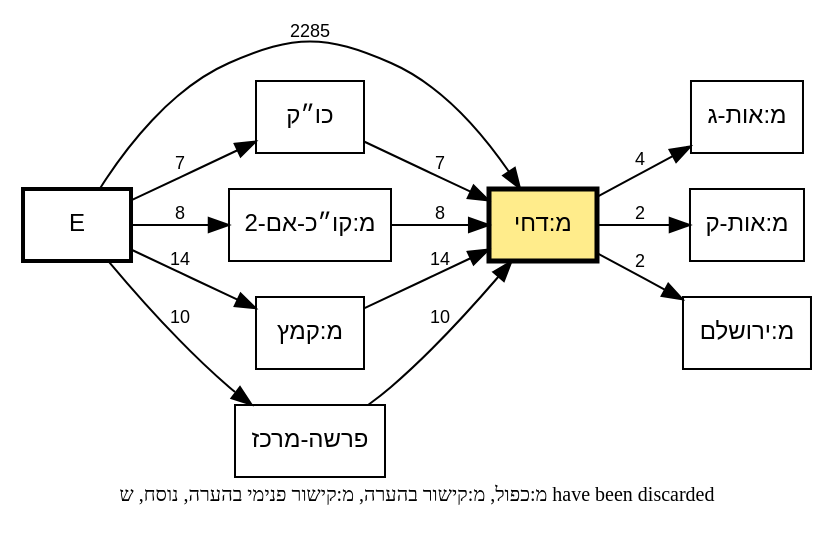
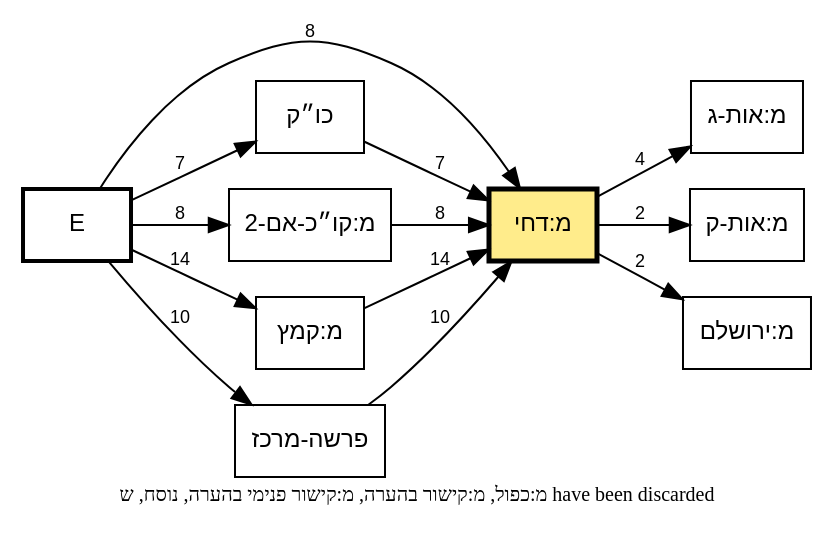
Before and after one commit to bdenckla/MAM-basics: the diagram in out/tmpl-survey-plain/plain-dexi-call-graph.dot, drawn with Graphviz. The commit also changed 13 other files, not shown here.

```diff
--- a/out/tmpl-survey-plain/plain-dexi-call-graph.dot
+++ b/out/tmpl-survey-plain/plain-dexi-call-graph.dot
@@ -1,33 +1,33 @@
 // This file was generated by MAM-basics/py/main_tmpl_survey.py.
 // Do not edit by hand.
 digraph template_call_graph {
     rankdir=LR;
     node [fontname="SBL Hebrew,Helvetica", fontsize=12];
     edge [fontname="Helvetica", fontsize=9];
     graph [comment="This file was generated by MAM-basics/py/main_tmpl_survey.py."];
 
     // Column nodes
     node [shape=box, style=bold];
     "E";
 
     // Template nodes
     node [shape=box, style=""];
     "מ:דחי" [fillcolor="lightgoldenrod1", style="filled", penwidth=2.5];
 
     // Note
     graph [label="מ:כפול, מ:קישור בהערה, מ:קישור פנימי בהערה, נוסח, ש have been discarded", labelloc=b, fontsize=10];
 
     // Edges
     "E" -> "כו״ק" [label="7"];
-    "E" -> "מ:דחי" [label="2285"];
+    "E" -> "מ:דחי" [label="8"];
     "E" -> "מ:קו״כ-אם-2" [label="8"];
     "E" -> "מ:קמץ" [label="14"];
     "E" -> "פרשה-מרכז" [label="10"];
     "כו״ק" -> "מ:דחי" [label="7"];
     "מ:דחי" -> "מ:אות-ג" [label="4"];
     "מ:דחי" -> "מ:אות-ק" [label="2"];
     "מ:דחי" -> "מ:ירושלם" [label="2"];
     "מ:קו״כ-אם-2" -> "מ:דחי" [label="8"];
     "מ:קמץ" -> "מ:דחי" [label="14"];
     "פרשה-מרכז" -> "מ:דחי" [label="10"];
 }
```
